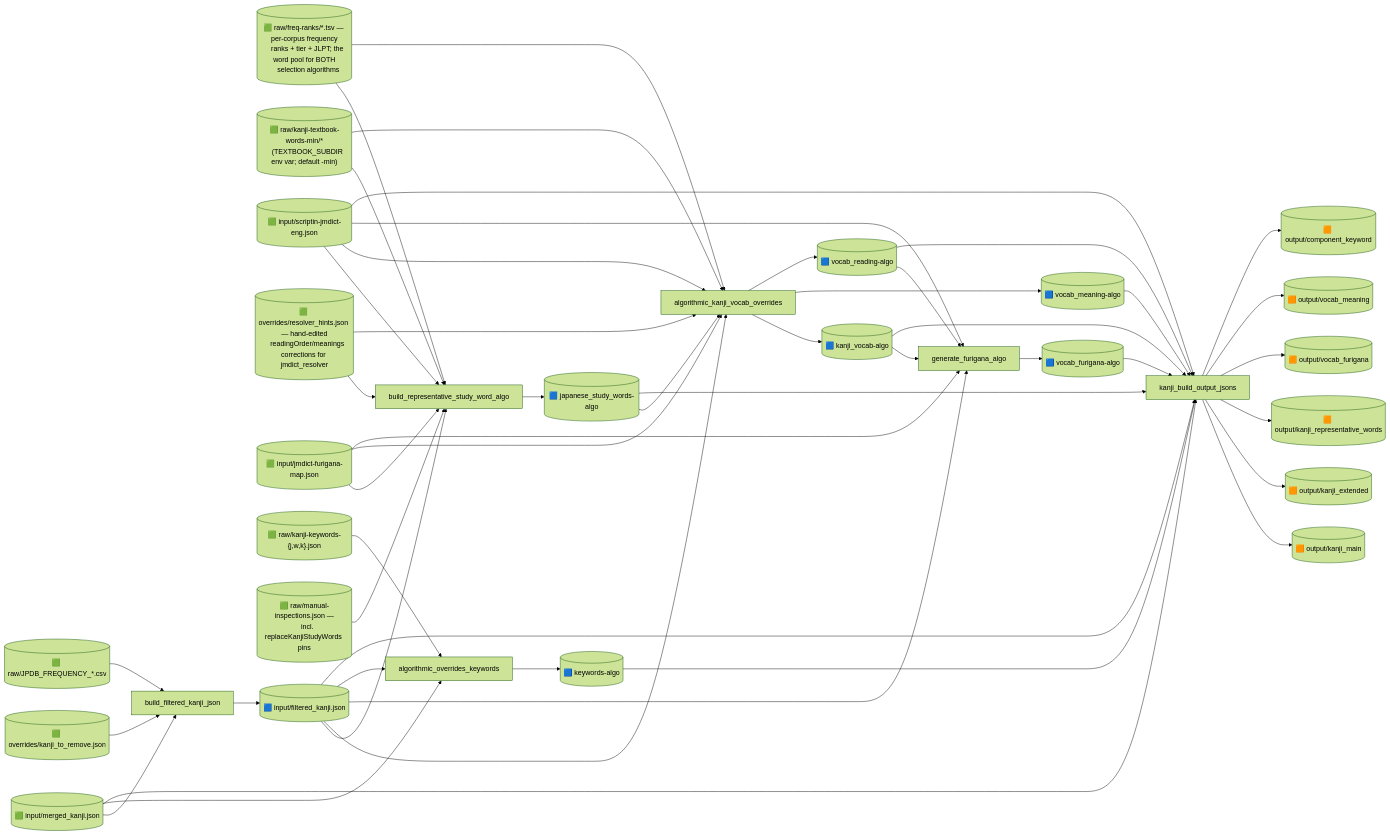
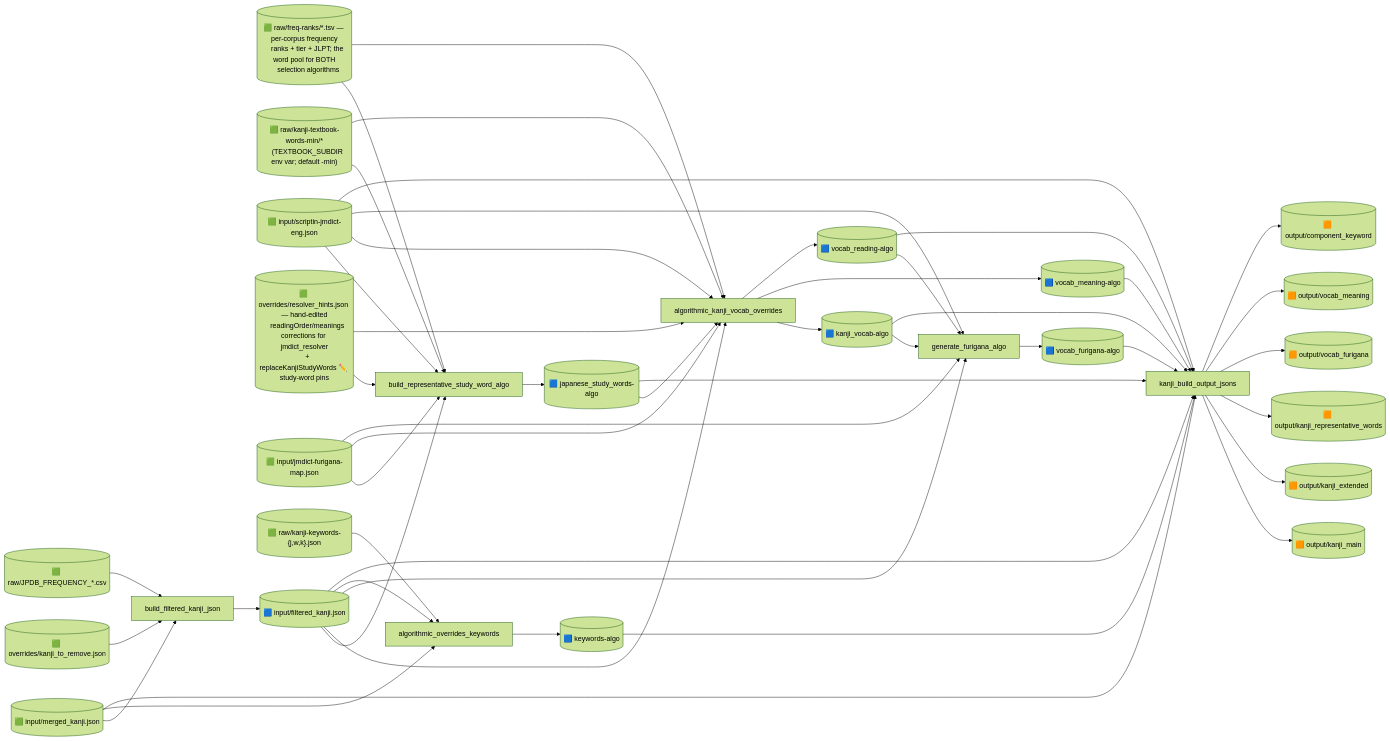
One commit to PikaPikaGems/kanji-heatmap-data changed the second of 7 diagrams in notes/flowchart.md. Above: the diagram before and after it, drawn with Mermaid (forest theme). The commit also changed other lines of this file and 13 other files, not shown here.

```diff
--- a/notes/flowchart.md
+++ b/notes/flowchart.md
@@ -67,12 +67,11 @@
     (TEXTBOOK_SUBDIR env var; default -min)")]
     jmdict[("🟩 input/scriptin-jmdict-eng.json")]
     hints[("🟩 overrides/resolver_hints.json — hand-edited
-    readingOrder/meanings corrections for jmdict_resolver")]
+    readingOrder/meanings corrections for jmdict_resolver
+    + replaceKanjiStudyWords ✏️ study-word pins")]
     furimap[("🟩 input/jmdict-furigana-map.json")]
     jpdbfreq[("🟩 raw/JPDB_FREQUENCY_*.csv")]
     keywordsraw[("🟩 raw/kanji-keywords-{j,w,k}.json")]
-    manual[("🟩 raw/manual-inspections.json —
-    incl. replaceKanjiStudyWords pins")]
 
     %% scripts
     S1[build_filtered_kanji_json]
@@ -113,7 +112,6 @@
     textbook --> S2
     jmdict --> S2
     hints --> S2
-    manual --> S2
     furimap --> S2
     S2 --> jsw
 
```
